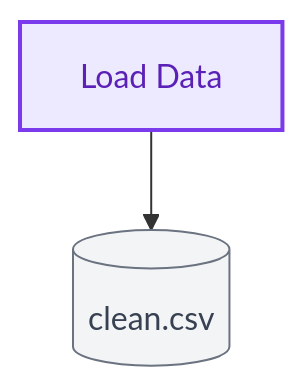
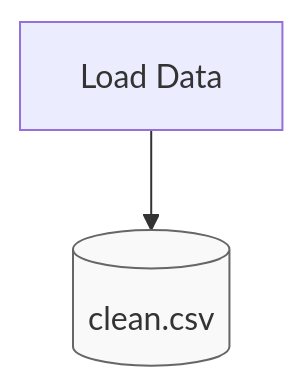
The first of 3 diagrams in README.md (pjt222/putior), drawn with Mermaid before and after one commit. The commit also changed other lines of this file and 2 other files, not shown here.

````diff
--- a/README.md
+++ b/README.md
@@ -32,10 +33,12 @@
 ```mermaid
 flowchart TD
-    node1[Load Data]
-    artifact_clean_csv[(clean.csv)]
-    node1 --> artifact_clean_csv
-    classDef processStyle fill:#ede9fe,stroke:#7c3aed,stroke-width:2px,color:#5b21b6
-    class node1 processStyle
-    classDef artifactStyle fill:#f3f4f6,stroke:#6b7280,stroke-width:1px,color:#374151
+    node_1["Load Data"]
+    artifact_clean_csv[("clean.csv")]
+
+    %% Connections
+    node_1 --> artifact_clean_csv
+
+    %% Styling
+    classDef artifactStyle fill:#f9f9f9,stroke:#666666,stroke-width:1px,color:#333333
     class artifact_clean_csv artifactStyle
 ```
````
